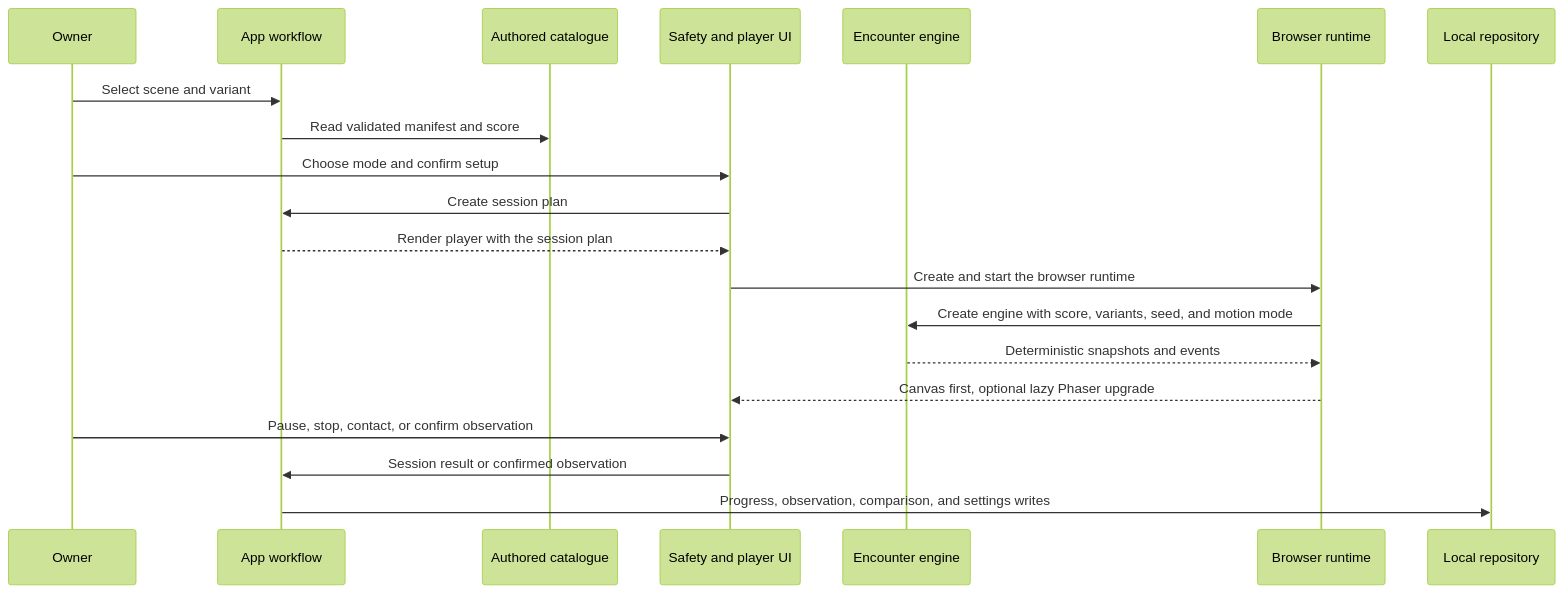
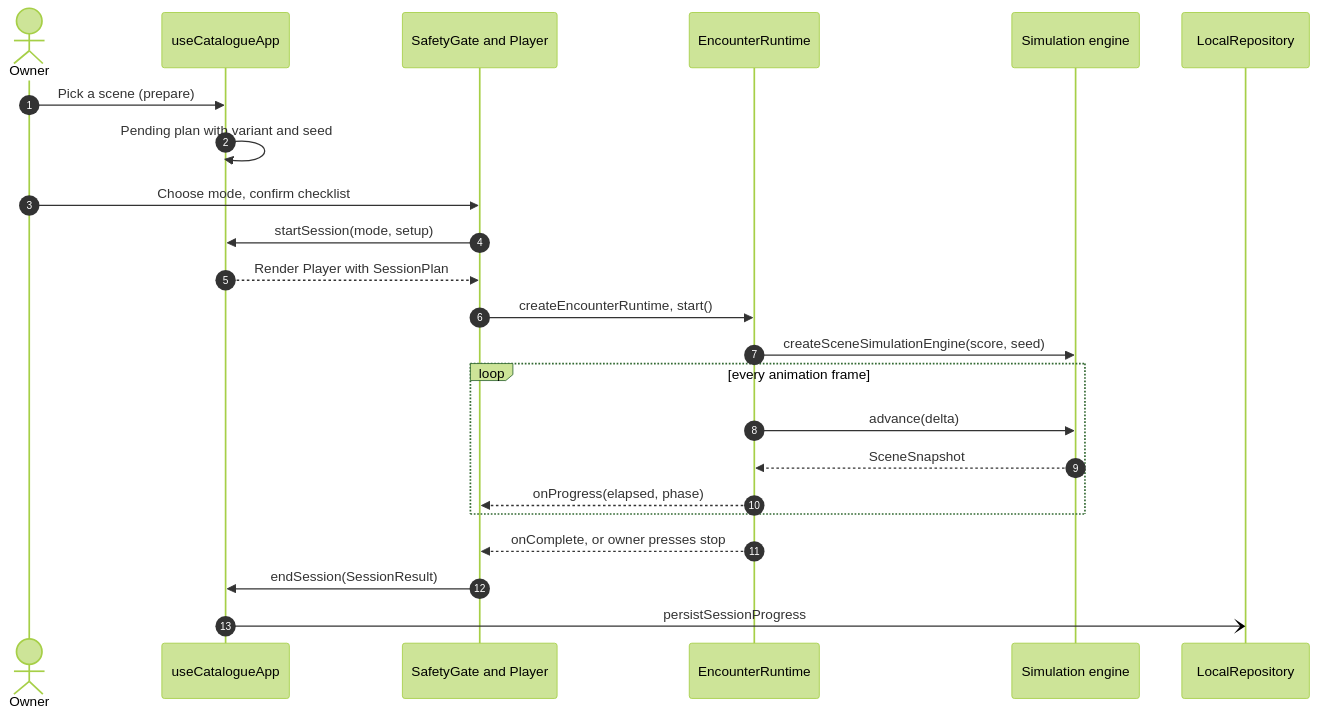
One commit to sebastianspicker/catflix changed the third of 6 diagrams in docs/ARCHITECTURE.md. Above: the diagram before and after it, drawn with Mermaid (forest theme). The commit also changed other lines of this file and 1 other file, not shown here.

First line of the commit message:
Add runtime, journey, data and pipeline diagrams to the architecture doc

````diff
--- a/docs/ARCHITECTURE.md
+++ b/docs/ARCHITECTURE.md
@@ -105,23 +160,26 @@
 ```mermaid
 sequenceDiagram
-    participant O as Owner
-    participant A as App workflow
-    participant C as Authored catalogue
-    participant U as Safety and player UI
-    participant E as Encounter engine
-    participant R as Browser runtime
-    participant D as Local repository
+    autonumber
+    actor O as Owner
+    participant A as useCatalogueApp
+    participant U as SafetyGate and Player
+    participant R as EncounterRuntime
+    participant E as Simulation engine
+    participant D as LocalRepository
 
-    O->>A: Select scene and variant
-    A->>C: Read validated manifest and score
-    O->>U: Choose mode and confirm setup
-    U->>A: Create session plan
-    A-->>U: Render player with the session plan
-    U->>R: Create and start the browser runtime
-    R->>E: Create engine with score, variants, seed, and motion mode
-    E-->>R: Deterministic snapshots and events
-    R-->>U: Canvas first, optional lazy Phaser upgrade
-    O->>U: Pause, stop, contact, or confirm observation
-    U->>A: Session result or confirmed observation
-    A->>D: Progress, observation, comparison, and settings writes
+    O->>A: Pick a scene (prepare)
+    A->>A: Pending plan with variant and seed
+    O->>U: Choose mode, confirm checklist
+    U->>A: startSession(mode, setup)
+    A-->>U: Render Player with SessionPlan
+    U->>R: createEncounterRuntime, start()
+    R->>E: createSceneSimulationEngine(score, seed)
+    loop every animation frame
+        R->>E: advance(delta)
+        E-->>R: SceneSnapshot
+        R-->>U: onProgress(elapsed, phase)
+    end
+    R-->>U: onComplete, or owner presses stop
+    U->>A: endSession(SessionResult)
+    A-)D: persistSessionProgress
 ```
````
